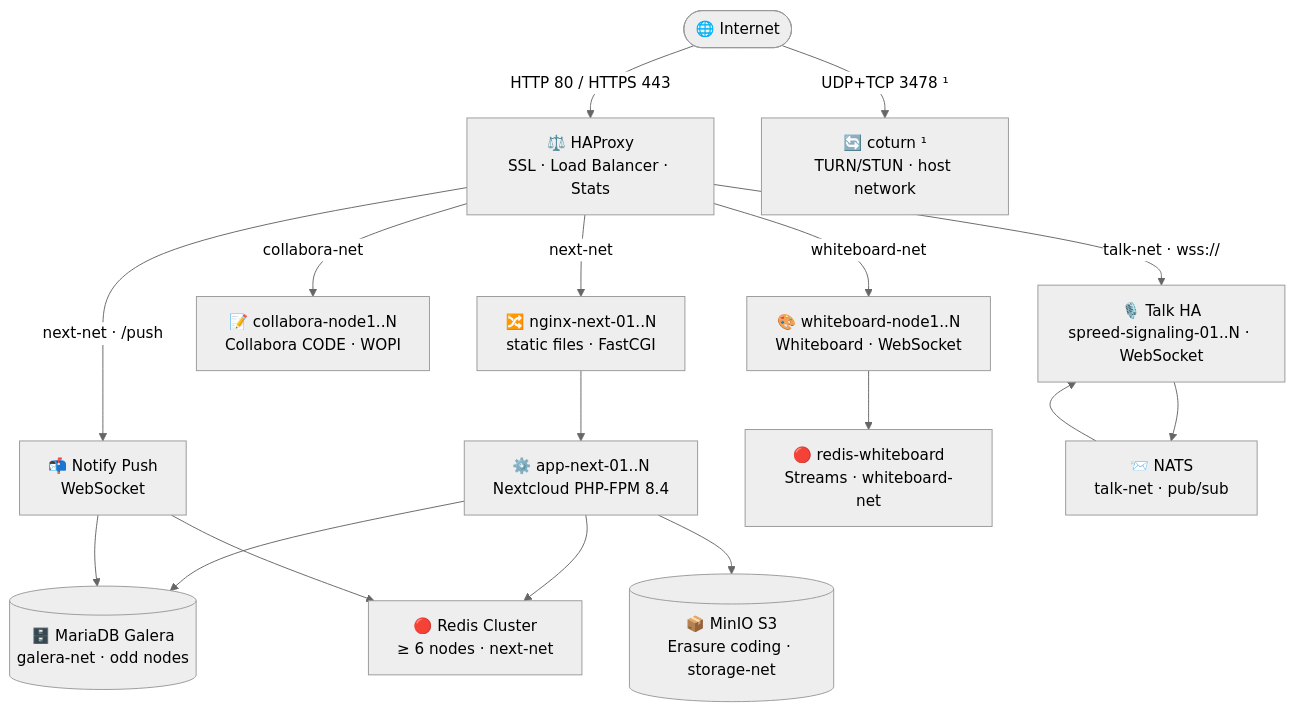
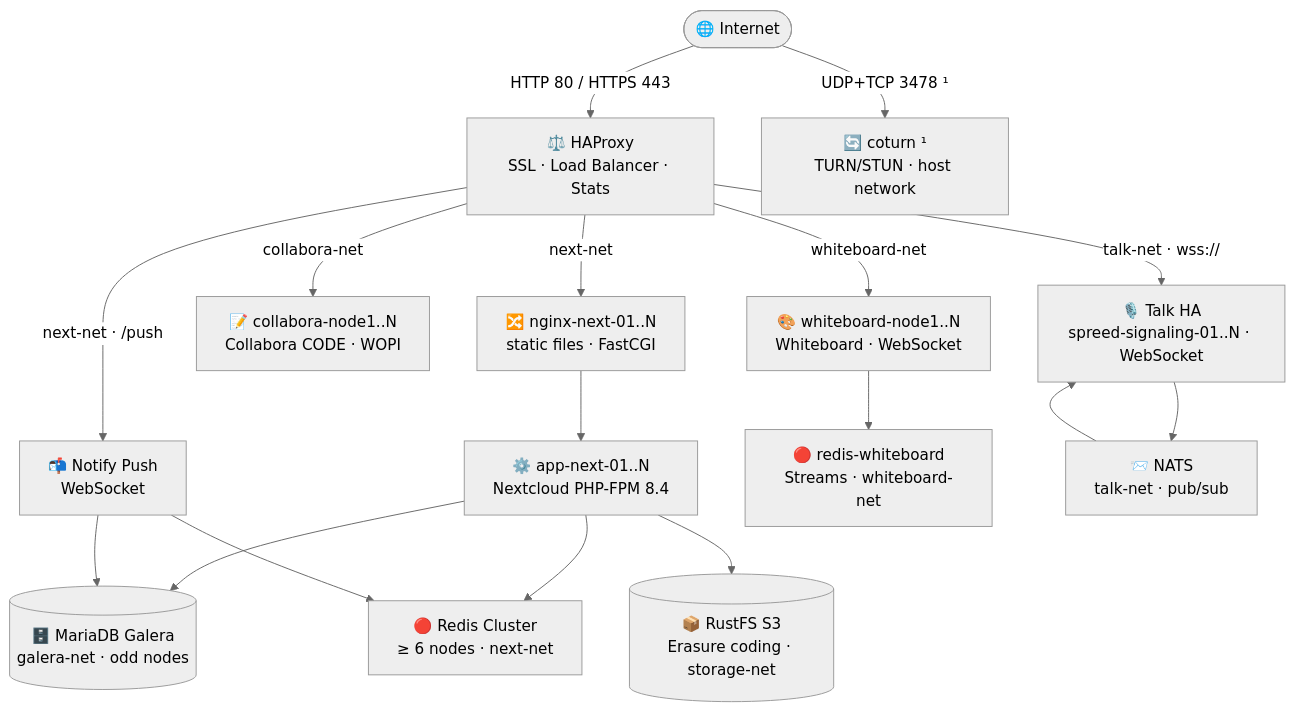
The diagram in README.md (oboeglen/Azure-NXT-Maxscale), drawn with Mermaid (neutral theme) before and after one commit. The commit also changed other lines of this file and 6 other files, not shown here.

First line of the commit message:
feat(storage): migrate from MinIO to RustFS (v2.4.0)

````diff
--- a/README.md
+++ b/README.md
@@ -141,29 +141,29 @@
 ```mermaid
 flowchart TD
     Internet(["🌐 Internet"]) -->|"HTTP 80 / HTTPS 443"| HAProxy
     Internet -->|"UDP+TCP 3478 ¹"| coturn
 
     HAProxy["⚖️ HAProxy\nSSL · Load Balancer · Stats"]
 
     HAProxy -->|"next-net · /push"| npush["📬 Notify Push\nWebSocket"]
     HAProxy -->|next-net| nginx["🔀 nginx-next-01..N\nstatic files · FastCGI"]
     HAProxy -->|collabora-net| collab["📝 collabora-node1..N\nCollabora CODE · WOPI"]
     HAProxy -->|whiteboard-net| wb["🎨 whiteboard-node1..N\nWhiteboard · WebSocket"]
     HAProxy -->|"talk-net · wss://"| sig["🎙️ Talk HA\nspreed-signaling-01..N · WebSocket"]
 
     nginx --> fpm["⚙️ app-next-01..N\nNextcloud PHP-FPM 8.4"]
 
     fpm --> galera[("🗄️ MariaDB Galera\ngalera-net · odd nodes")]
     fpm --> redis["🔴 Redis Cluster\n≥ 6 nodes · next-net"]
-    fpm --> minio[("📦 MinIO S3\nErasure coding · storage-net")]
+    fpm --> rustfs[("📦 RustFS S3\nErasure coding · storage-net")]
 
     wb --> redis_wb["🔴 redis-whiteboard\nStreams · whiteboard-net"]
 
     sig --> nats["📨 NATS\ntalk-net · pub/sub"]
     nats --> sig
 
     npush --> redis
     npush --> galera
 
     coturn["🔄 coturn ¹\nTURN/STUN · host network"]
 ```
````
